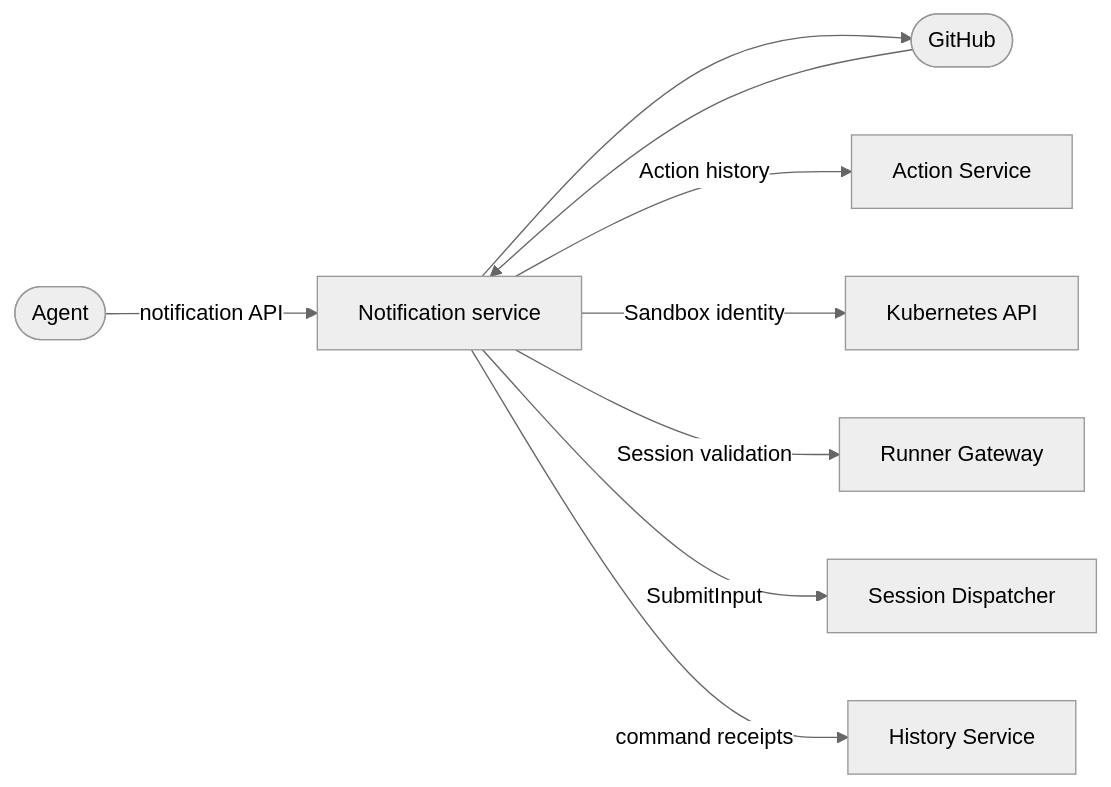
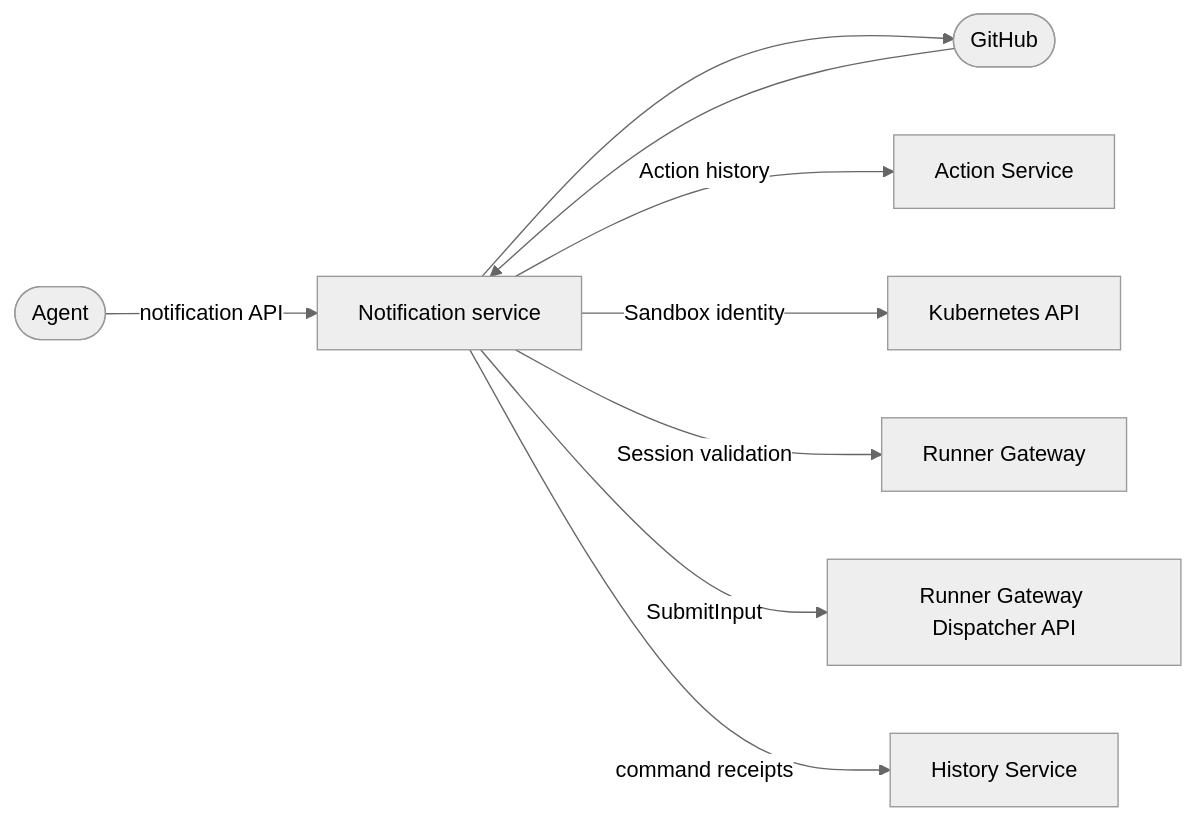
Before and after one commit to agentydragon-agent/ducktape: the fifth of 6 diagrams in agentplane/README.md, drawn with Mermaid (neutral theme). The commit also changed other lines of this file and 136 other files, not shown here.

````diff
--- a/agentplane/README.md
+++ b/agentplane/README.md
@@ -213,20 +210,20 @@
 ```mermaid
 flowchart LR
     agent([Agent])
     github([GitHub])
     notifications[Notification service]
     actions[Action Service]
     k8s[Kubernetes API]
     gateway[Runner Gateway]
-    dispatcher[Session Dispatcher]
+    dispatcher[Runner Gateway Dispatcher API]
     history[History Service]
 
     agent -->|notification API| notifications
     github --> notifications
     notifications --> github
     notifications -->|Action history| actions
     notifications -->|Sandbox identity| k8s
     notifications -->|Session validation| gateway
     notifications -->|SubmitInput| dispatcher
     notifications -->|command receipts| history
 ```
````
